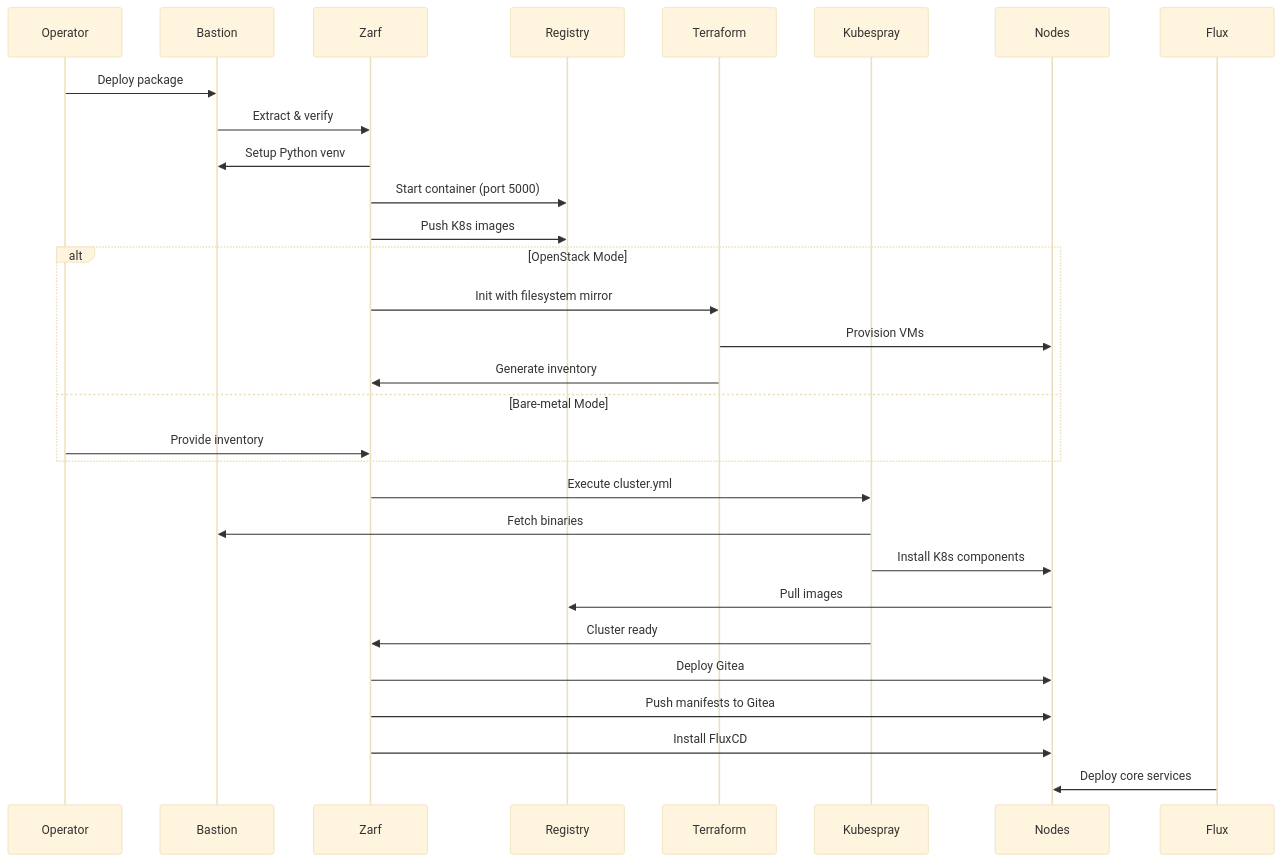
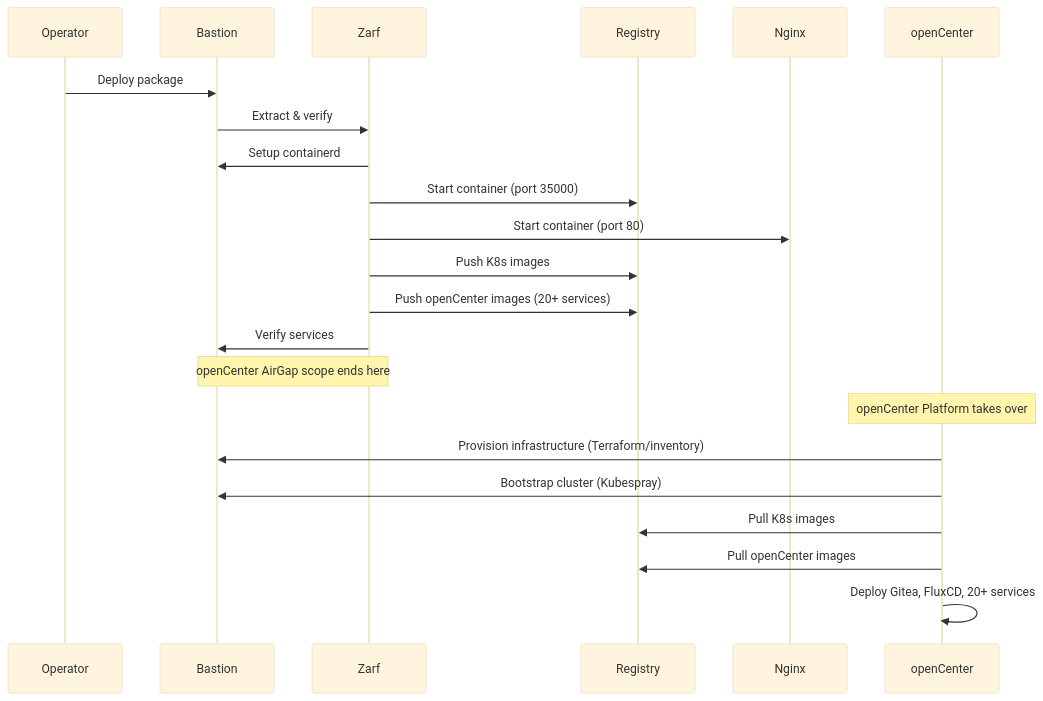
Before and after one commit to opencenter-cloud/openCenter-AirGap: the diagram in .kiro/specs/opencenter-airgap/design.md, drawn with Mermaid (base theme). The commit also changed other lines of this file and 78 other files, not shown here.

````diff
--- a/.kiro/specs/opencenter-airgap/design.md
+++ b/.kiro/specs/opencenter-airgap/design.md
@@ -120,36 +140,27 @@
 ```mermaid
 sequenceDiagram
     participant Operator
     participant Bastion
     participant Zarf
     participant Registry
-    participant Terraform
-    participant Kubespray
-    participant Nodes
-    participant Flux
+    participant Nginx
+    participant openCenter
 
     Operator->>Bastion: Deploy package
     Bastion->>Zarf: Extract & verify
-    Zarf->>Bastion: Setup Python venv
-    Zarf->>Registry: Start container (port 5000)
+    Zarf->>Bastion: Setup containerd
+    Zarf->>Registry: Start container (port 35000)
+    Zarf->>Nginx: Start container (port 80)
     Zarf->>Registry: Push K8s images
+    Zarf->>Registry: Push openCenter images (20+ services)
+    Zarf->>Bastion: Verify services
     
-    alt OpenStack Mode
-        Zarf->>Terraform: Init with filesystem mirror
-        Terraform->>Nodes: Provision VMs
-        Terraform->>Zarf: Generate inventory
-    else Bare-metal Mode
-        Operator->>Zarf: Provide inventory
-    end
+    Note over Zarf,Bastion: openCenter AirGap scope ends here
+    Note over openCenter: openCenter Platform takes over
     
-    Zarf->>Kubespray: Execute cluster.yml
-    Kubespray->>Bastion: Fetch binaries
-    Kubespray->>Nodes: Install K8s components
-    Nodes->>Registry: Pull images
-    Kubespray->>Zarf: Cluster ready
-    
-    Zarf->>Nodes: Deploy Gitea
-    Zarf->>Nodes: Push manifests to Gitea
-    Zarf->>Nodes: Install FluxCD
-    Flux->>Nodes: Deploy core services
+    openCenter->>Bastion: Provision infrastructure (Terraform/inventory)
+    openCenter->>Bastion: Bootstrap cluster (Kubespray)
+    openCenter->>Registry: Pull K8s images
+    openCenter->>Registry: Pull openCenter images
+    openCenter->>openCenter: Deploy Gitea, FluxCD, 20+ services
 ```
````
